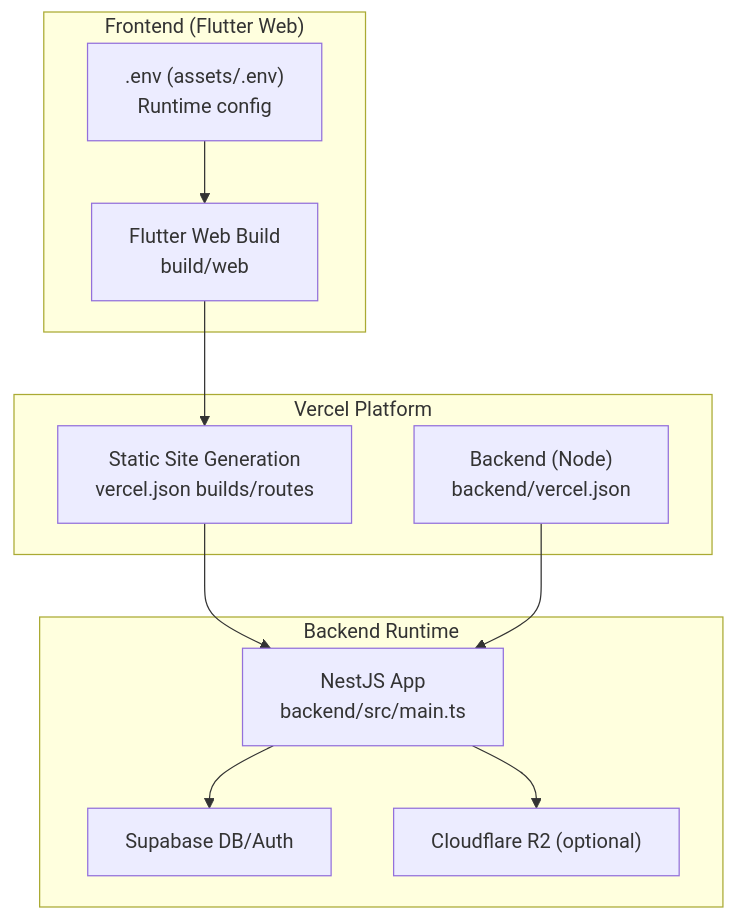
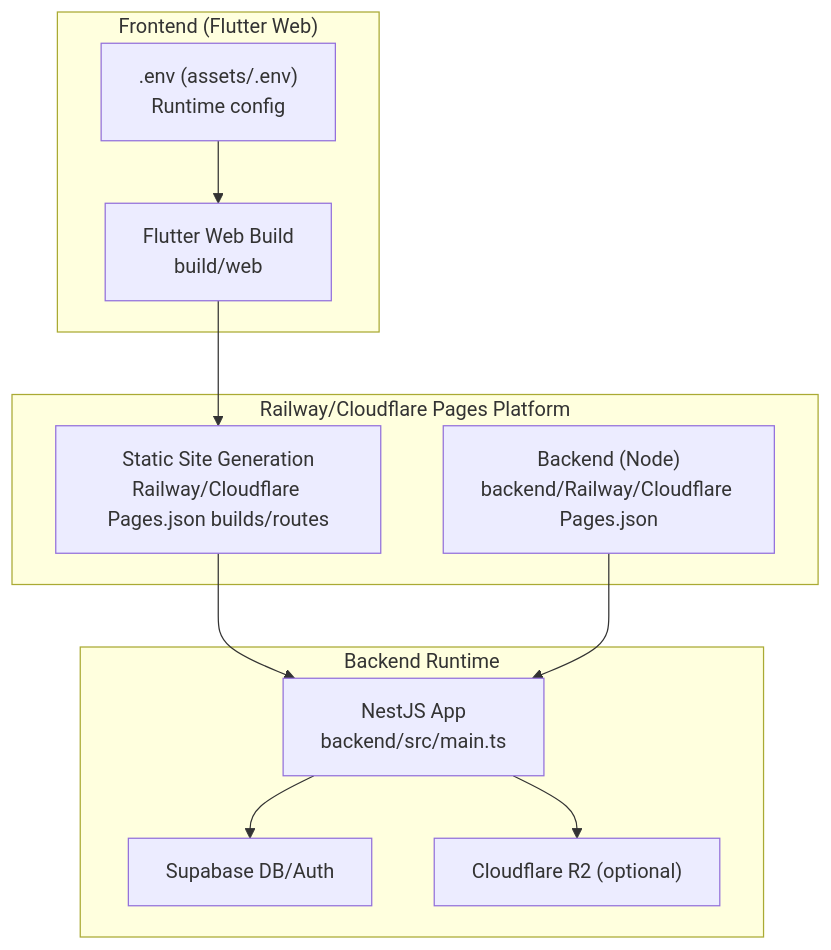
Before and after one commit to ARUNTHOMAS3/trans: the first of 7 diagrams in repowiki/en/content/Deployment & DevOps/Deployment Strategies.md, drawn with Mermaid. The commit also changed other lines of this file and 1490 other files, not shown here.

````diff
--- a/repowiki/en/content/Deployment & DevOps/Deployment Strategies.md
+++ b/repowiki/en/content/Deployment & DevOps/Deployment Strategies.md
@@ -42,22 +42,22 @@
 ```mermaid
 graph TB
 subgraph "Frontend (Flutter Web)"
 A["Flutter Web Build<br/>build/web"]
 B[".env (assets/.env)<br/>Runtime config"]
 end
-subgraph "Vercel Platform"
-C["Static Site Generation<br/>vercel.json builds/routes"]
-D["Backend (Node)<br/>backend/vercel.json"]
+subgraph "Railway/Cloudflare Pages Platform"
+C["Static Site Generation<br/>Railway/Cloudflare Pages.json builds/routes"]
+D["Backend (Node)<br/>backend/Railway/Cloudflare Pages.json"]
 end
 subgraph "Backend Runtime"
 E["NestJS App<br/>backend/src/main.ts"]
 F["Supabase DB/Auth"]
 G["Cloudflare R2 (optional)"]
 end
 A --> C
 B --> A
 C --> E
 D --> E
 E --> F
 E --> G
 ```
````
